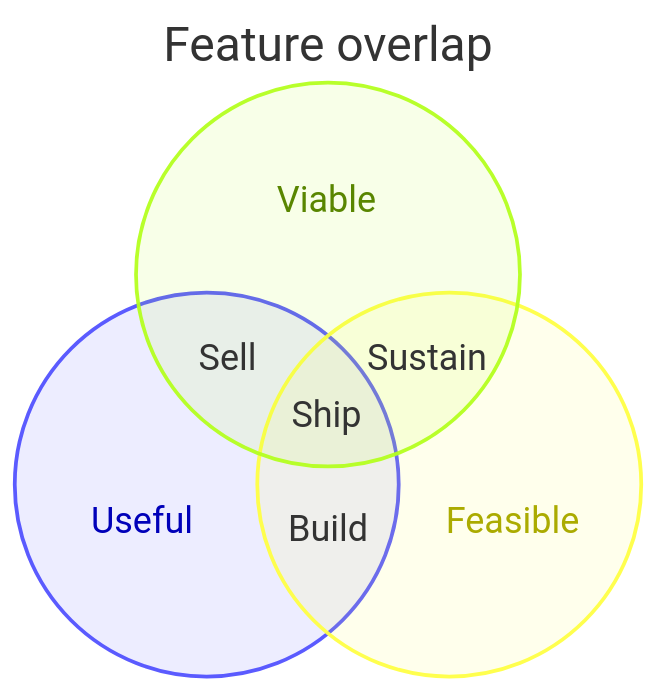
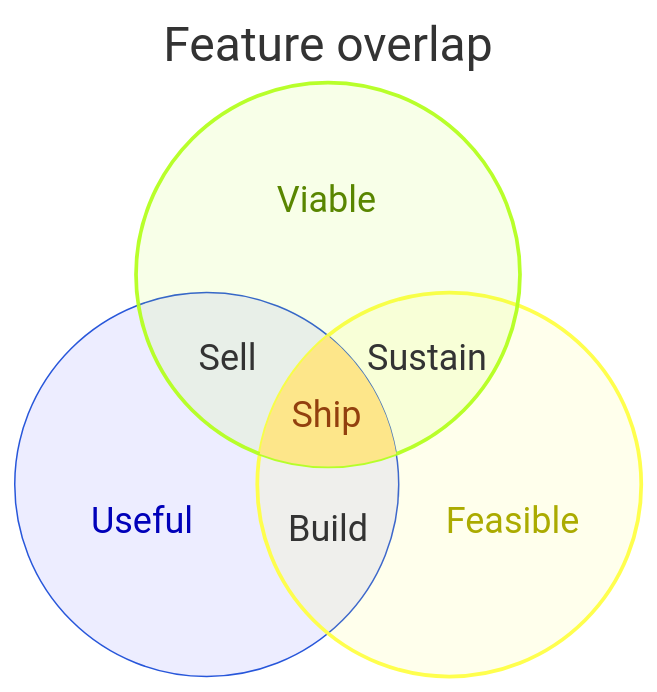
The diagram in examples/mermaid/venn.mmd (reardan/w), drawn with Mermaid before and after one commit. The commit also changed 12 other files, not shown here.

First line of the commit message:
Mermaid: styling parity fixtures, example styles and styling docs

```diff
--- a/examples/mermaid/venn.mmd
+++ b/examples/mermaid/venn.mmd
@@ -1,9 +1,11 @@
 venn-beta
 title Feature overlap
 set A["Useful"]
 set B["Feasible"]
 set C["Viable"]
 union A,B["Build"]
 union A,C["Sell"]
 union B,C["Sustain"]
 union A,B,C["Ship"]
+style A,B,C fill:#fde68a,color:#92400e
+style A stroke:#1d4ed8,stroke-width:3px
```
